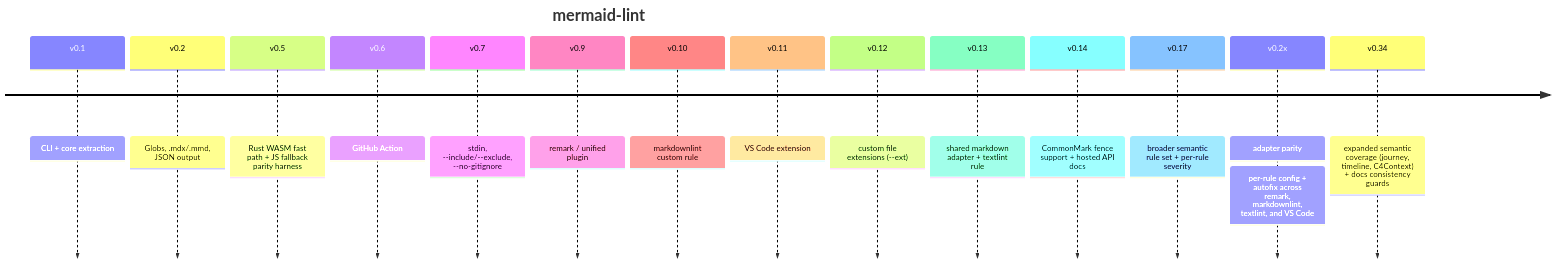
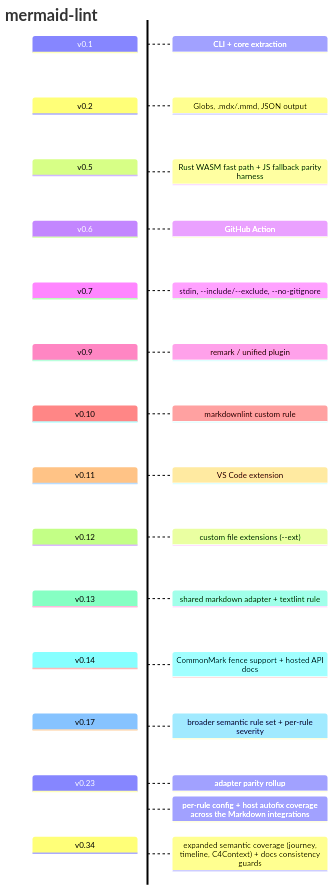
One commit to jasonworden/mermaid-lint changed the diagram in docs/release-history.md. Above: the diagram before and after it, drawn with Mermaid. The commit also changed other lines of this file and 1 other file, not shown here.

Commit message:
docs: use real release version in timeline

````diff
--- a/docs/release-history.md
+++ b/docs/release-history.md
@@ -6,18 +6,18 @@
 ```mermaid
-timeline
+timeline TD
   title mermaid-lint
   v0.1 : CLI + core extraction
   v0.2 : Globs, .mdx/.mmd, JSON output
   v0.5 : Rust WASM fast path + JS fallback parity harness
   v0.6 : GitHub Action
   v0.7 : stdin, --include/--exclude, --no-gitignore
   v0.9 : remark / unified plugin
   v0.10 : markdownlint custom rule
   v0.11 : VS Code extension
   v0.12 : custom file extensions (--ext)
   v0.13 : shared markdown adapter + textlint rule
   v0.14 : CommonMark fence support + hosted API docs
   v0.17 : broader semantic rule set + per-rule severity
-  v0.2x : adapter parity: per-rule config + autofix across remark, markdownlint, textlint, and VS Code
+  v0.23 : adapter parity rollup: per-rule config + host autofix coverage across the Markdown integrations
   v0.34 : expanded semantic coverage (journey, timeline, C4Context) + docs consistency guards
 ```
````
